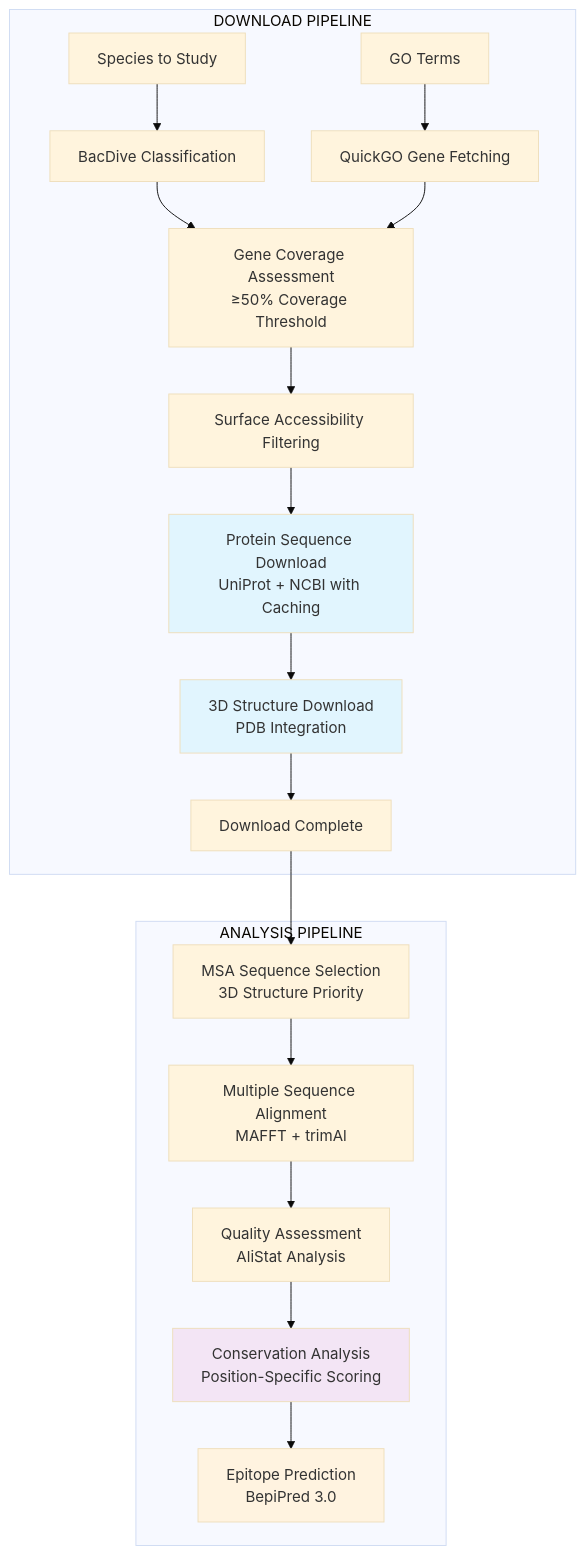
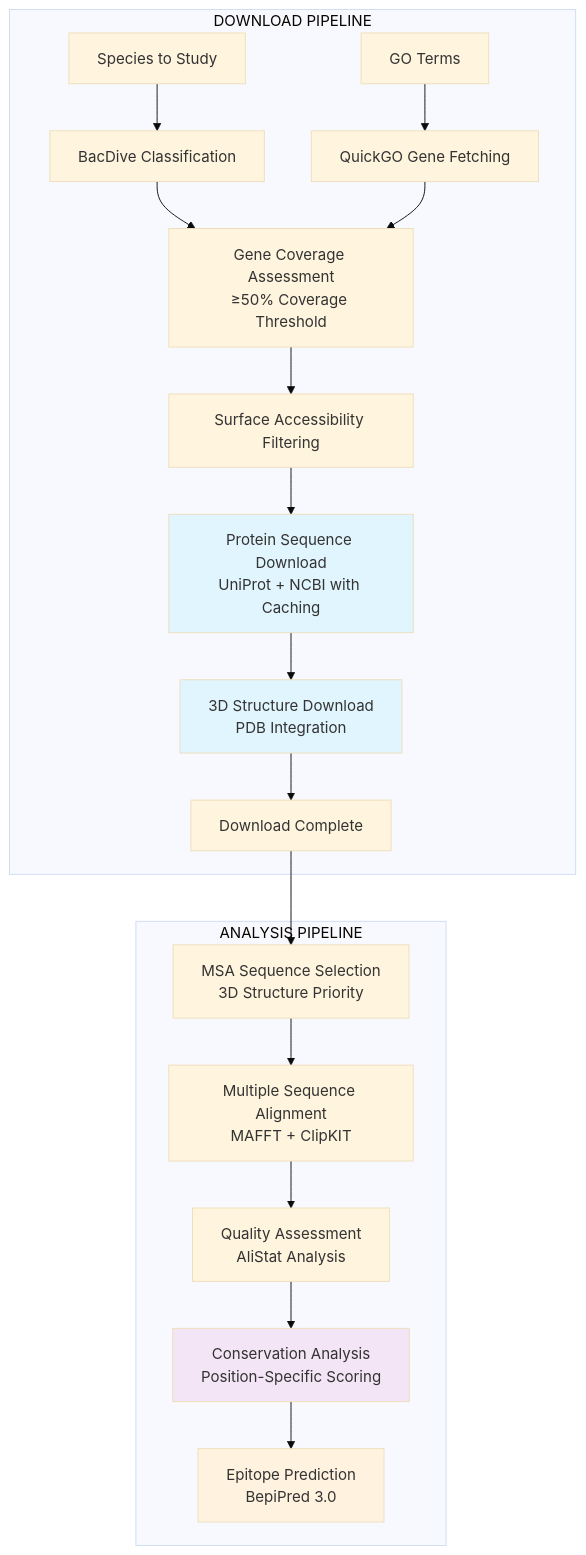
One commit to CatiaBio/TargSeek changed the diagram in README.md. Above: the diagram before and after it, drawn with Mermaid (base theme). The commit also changed other lines of this file and 32 other files, not shown here.

First line of the commit message:
Refactor pipeline architecture: switch from trimAl to ClipKIT and enhance epitope analysis

````diff
--- a/README.md
+++ b/README.md
@@ -29,26 +29,26 @@
 ```mermaid
 graph TD
     subgraph "DOWNLOAD PIPELINE"
         A[Species to Study] --> B[BacDive Classification]
         C[GO Terms] --> D[QuickGO Gene Fetching] 
         B --> E[Gene Coverage Assessment<br/>≥50% Coverage Threshold]
         D --> E
         E --> F[Surface Accessibility Filtering]
         F --> G[Protein Sequence Download<br/>UniProt + NCBI with Caching]
         G --> H[3D Structure Download<br/>PDB Integration]
         H --> I[Download Complete]
     end
     
     subgraph "ANALYSIS PIPELINE"
         I --> J[MSA Sequence Selection<br/>3D Structure Priority]
-        J --> K[Multiple Sequence Alignment<br/>MAFFT + trimAl]
+        J --> K[Multiple Sequence Alignment<br/>MAFFT + ClipKIT]
         K --> L[Quality Assessment<br/>AliStat Analysis]
         L --> M[Conservation Analysis<br/>Position-Specific Scoring]
         M --> N[Epitope Prediction<br/>BepiPred 3.0]
     end
     
     style G fill:#e1f5fe
     style H fill:#e1f5fe
     style M fill:#f3e5f5
     style N fill:#fff3e0
 ```
````
